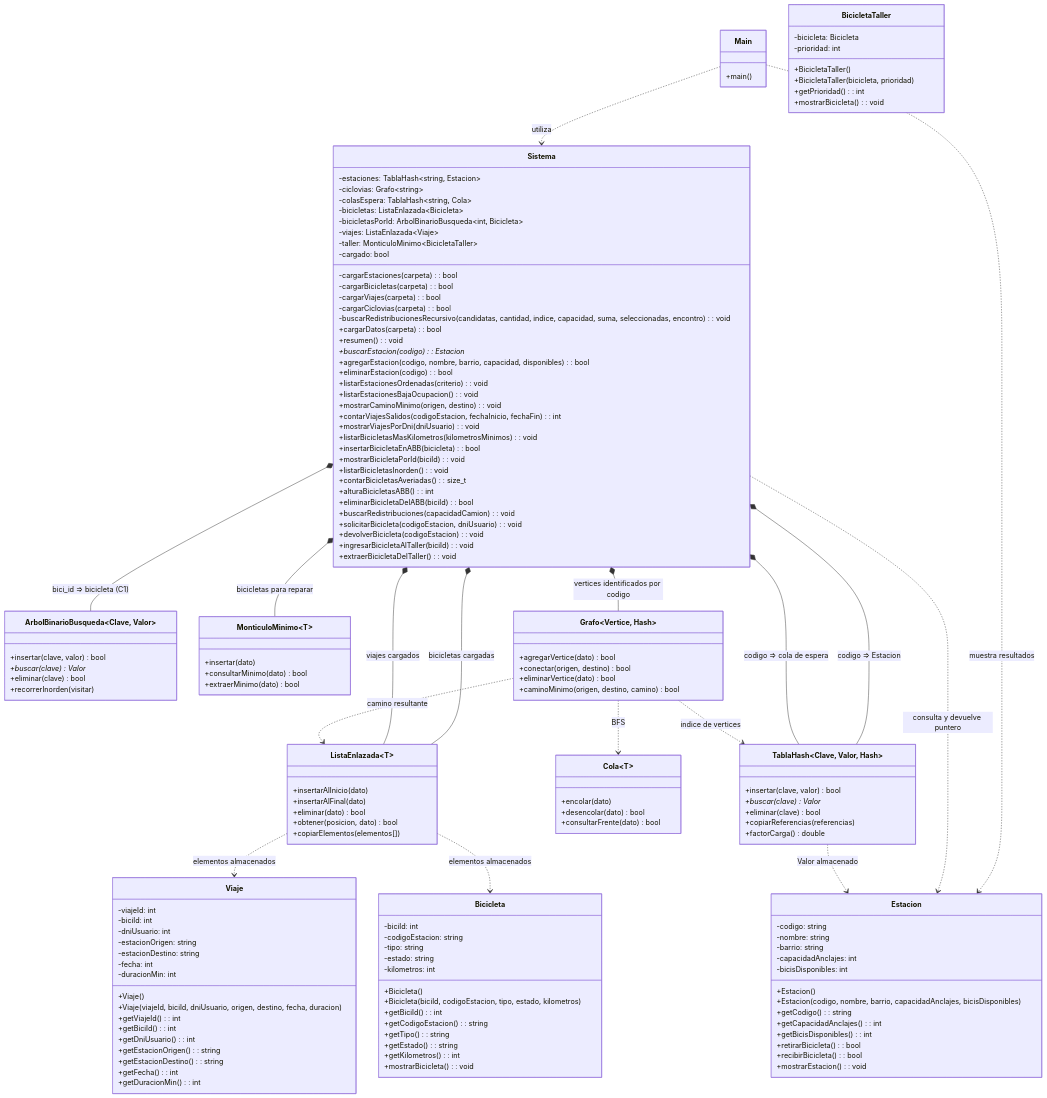
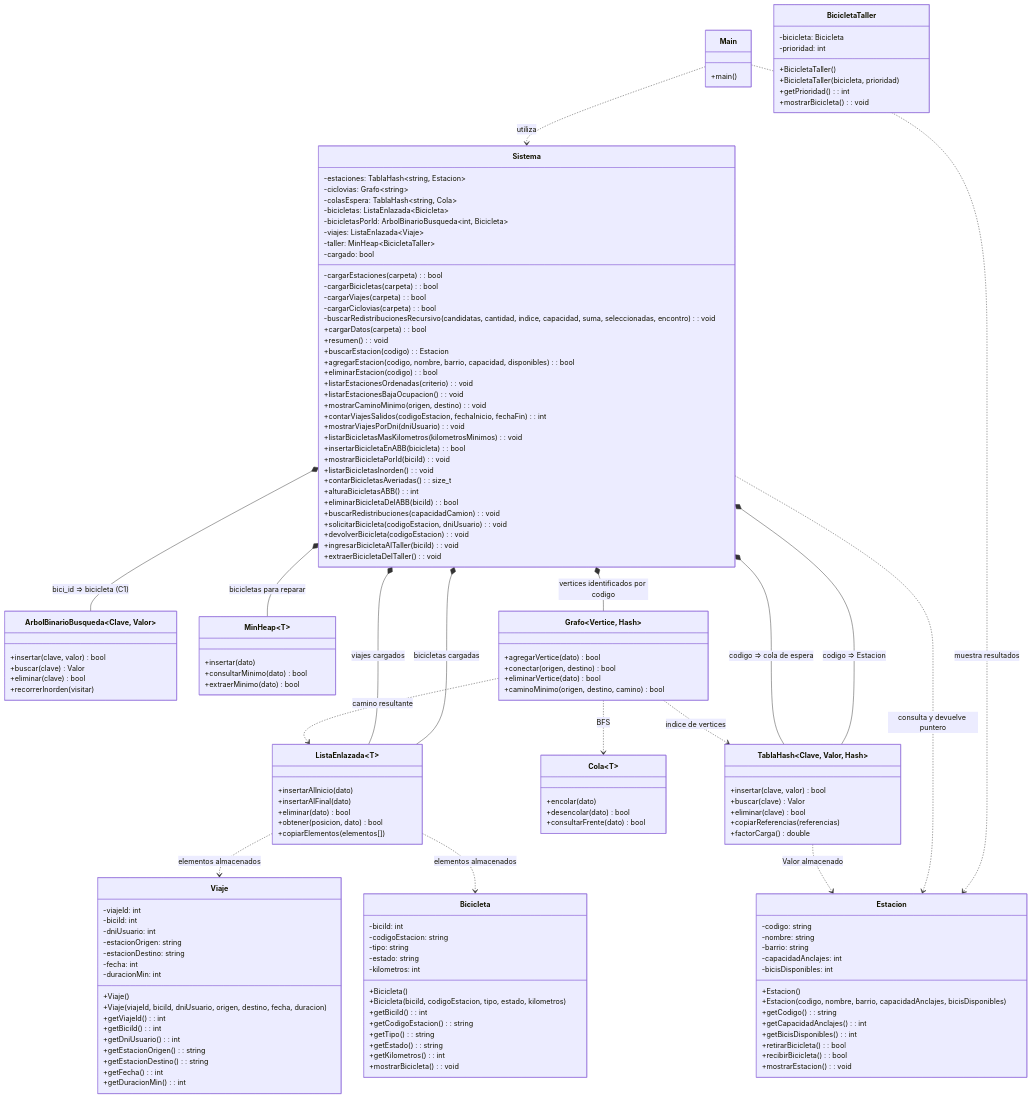
One commit to cberto/algoritmos changed the diagram in TP - Integrador/UML_ACTUAL.md. Above: the diagram before and after it, drawn with Mermaid. The commit also changed other lines of this file and 7 other files, not shown here.

```diff
--- a/TP - Integrador/UML_ACTUAL.md
+++ b/TP - Integrador/UML_ACTUAL.md
@@ -20,11 +20,11 @@
         -bicicletas: ListaEnlazada~Bicicleta~
         -bicicletasPorId: ArbolBinarioBusqueda~int, Bicicleta~
         -viajes: ListaEnlazada~Viaje~
-        -taller: MonticuloMinimo~BicicletaTaller~
+        -taller: MinHeap~BicicletaTaller~
         -cargado: bool
         +cargarDatos(carpeta): bool
         +resumen(): void
-        +buscarEstacion(codigo): Estacion*
+        +buscarEstacion(codigo): Estacion
         +agregarEstacion(codigo, nombre, barrio, capacidad, disponibles): bool
         +eliminarEstacion(codigo): bool
         +listarEstacionesOrdenadas(criterio): void
@@ -122,7 +122,7 @@
 
     class TablaHash~Clave, Valor, Hash~ {
         +insertar(clave, valor) bool
-        +buscar(clave) Valor*
+        +buscar(clave) Valor
         +eliminar(clave) bool
         +copiarReferencias(referencias)
         +factorCarga() double
@@ -130,12 +130,12 @@
 
     class ArbolBinarioBusqueda~Clave, Valor~ {
         +insertar(clave, valor) bool
-        +buscar(clave) Valor*
+        +buscar(clave) Valor
         +eliminar(clave) bool
         +recorrerInorden(visitar)
     }
 
-    class MonticuloMinimo~T~ {
+    class MinHeap~T~ {
         +insertar(dato)
         +consultarMinimo(dato) bool
         +extraerMinimo(dato) bool
@@ -156,7 +156,7 @@
     Sistema *-- ListaEnlazada~Bicicleta~ : bicicletas cargadas
     Sistema *-- ArbolBinarioBusqueda~int, Bicicleta~ : bici_id => bicicleta (C1)
     Sistema *-- ListaEnlazada~Viaje~ : viajes cargados
-    Sistema *-- MonticuloMinimo~BicicletaTaller~ : bicicletas para reparar
+    Sistema *-- MinHeap~BicicletaTaller~ : bicicletas para reparar
     Sistema ..> Estacion : consulta y devuelve puntero
     TablaHash ..> Estacion : Valor almacenado
     ListaEnlazada ..> Viaje : elementos almacenados
```
